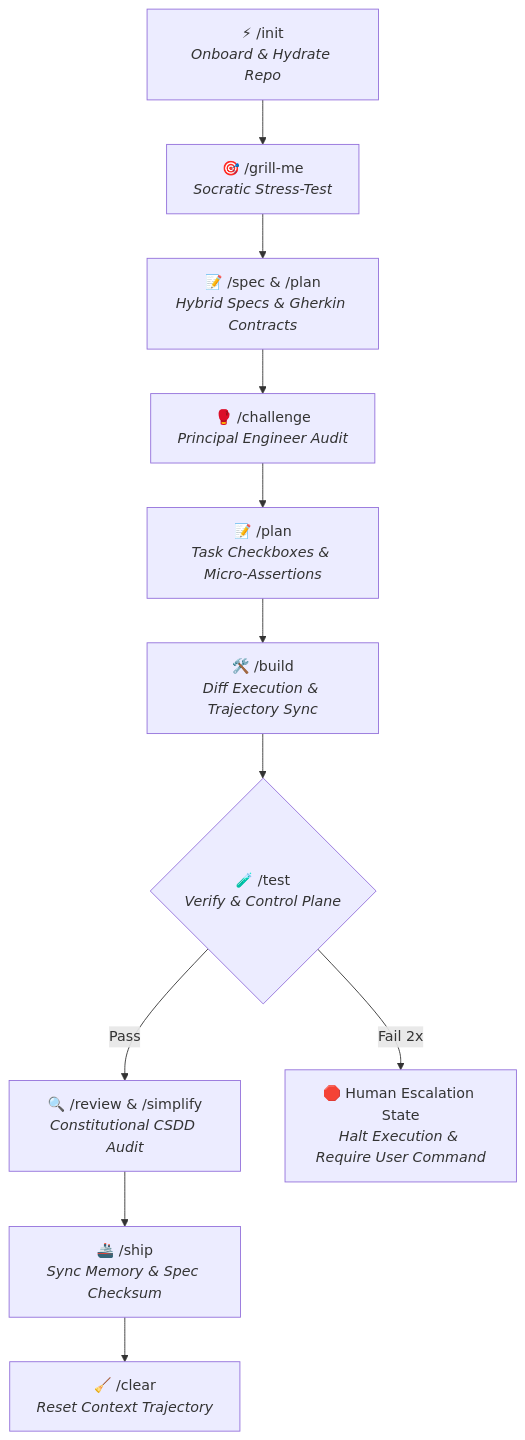
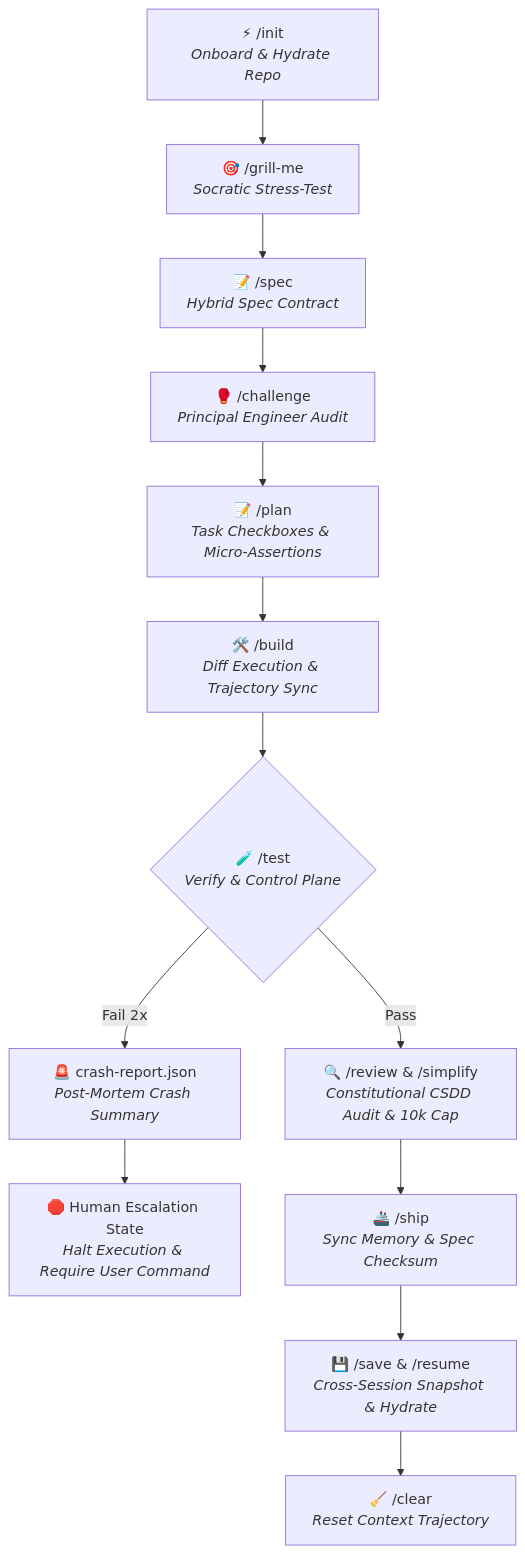
Before and after one commit to EurusDevSec/agent-optimize: the diagram in README.md, drawn with Mermaid. The commit also changed other lines of this file, not shown here.

Commit message:
Update README.md with comprehensive Core Feature Matrix, 3-Tier Usability Guide, Master State Machine Diagram, and complete 8 Research References

````diff
--- a/README.md
+++ b/README.md
@@ -25,13 +52,16 @@
 ```mermaid
 flowchart TD
     Init["⚡ /init<br/><i>Onboard & Hydrate Repo</i>"] --> Grill["🎯 /grill-me<br/><i>Socratic Stress-Test</i>"]
-    Grill --> Spec["📝 /spec & /plan<br/><i>Hybrid Specs & Gherkin Contracts</i>"]
-    Spec --> Challenge["🥊 /challenge<br/><i>Principal Engineer Audit</i>"] --> Plan["📝 /plan<br/><i>Task Checkboxes & Micro-Assertions</i>"] --> Build["🛠️ /build<br/><i>Diff Execution & Trajectory Sync</i>"]
+    Grill --> Spec["📝 /spec<br/><i>Hybrid Spec Contract</i>"]
+    Spec --> Challenge["🥊 /challenge<br/><i>Principal Engineer Audit</i>"]
+    Challenge --> Plan["📝 /plan<br/><i>Task Checkboxes & Micro-Assertions</i>"]
+    Plan --> Build["🛠️ /build<br/><i>Diff Execution & Trajectory Sync</i>"]
     Build --> Test{"🧪 /test<br/><i>Verify & Control Plane</i>"}
     
-    Test -- Pass --> Review["🔍 /review & /simplify<br/><i>Constitutional CSDD Audit</i>"]
-    Test -- Fail 2x --> Escalation["🛑 Human Escalation State<br/><i>Halt Execution & Require User Command</i>"]
+    Test -- Pass --> Review["🔍 /review & /simplify<br/><i>Constitutional CSDD Audit & 10k Cap</i>"]
+    Test -- Fail 2x --> Crash["🚨 crash-report.json<br/><i>Post-Mortem Crash Summary</i>"] --> Escalation["🛑 Human Escalation State<br/><i>Halt Execution & Require User Command</i>"]
     
     Review --> Ship["🚢 /ship<br/><i>Sync Memory & Spec Checksum</i>"]
-    Ship --> Clear["🧹 /clear<br/><i>Reset Context Trajectory</i>"]
+    Ship --> Save["💾 /save & /resume<br/><i>Cross-Session Snapshot & Hydrate</i>"]
+    Save --> Clear["🧹 /clear<br/><i>Reset Context Trajectory</i>"]
 ```
````
